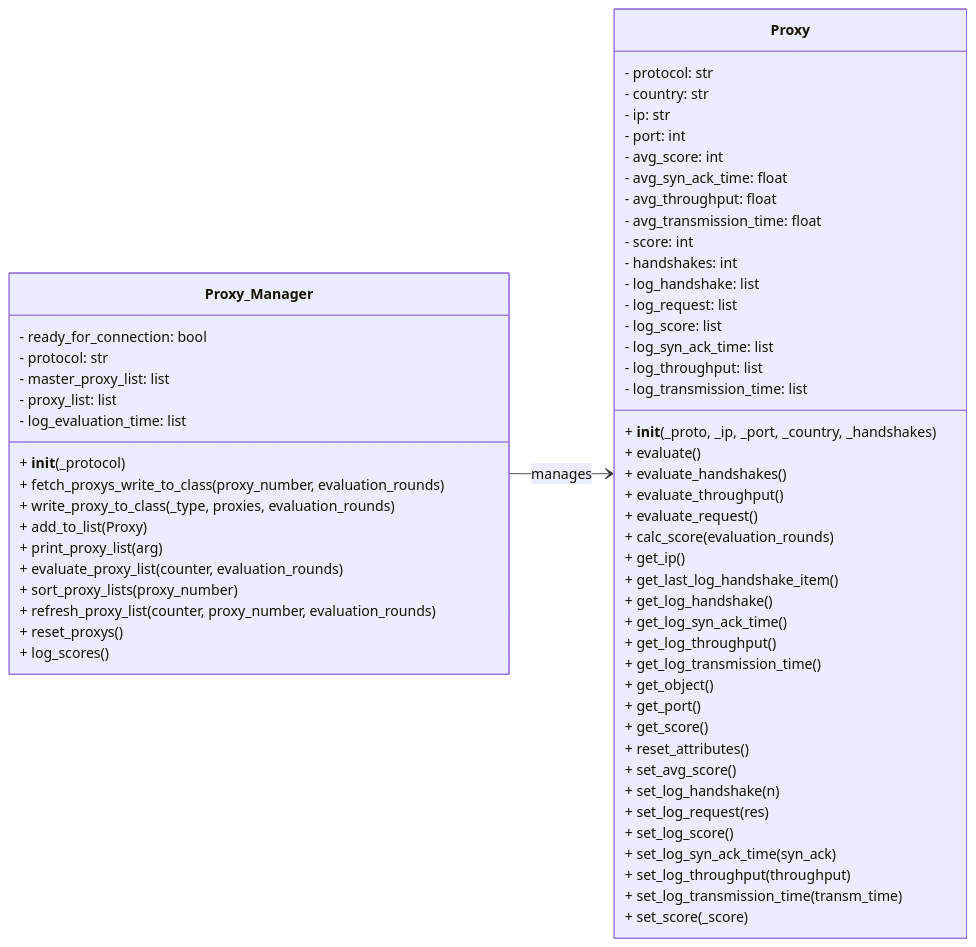
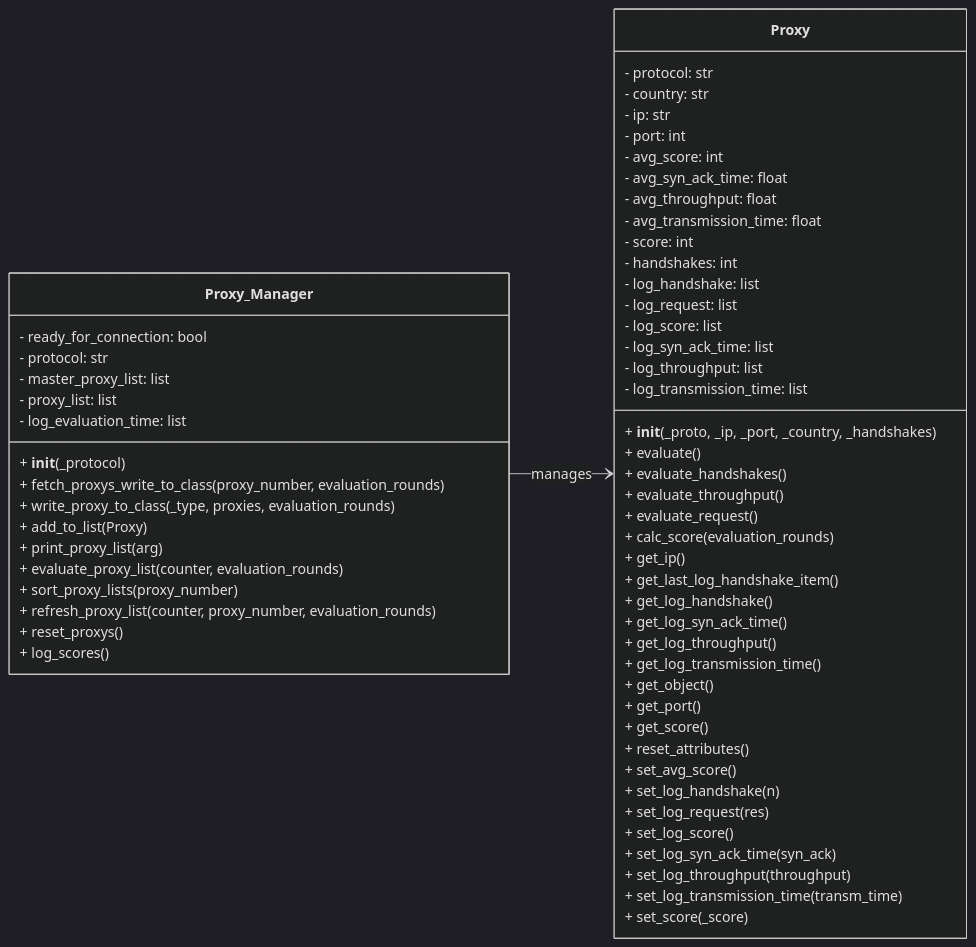
The diagram in README.md (quintuscodes/Proxy-Reliability-using-Proxybroker2), drawn with Mermaid before and after one commit.

Commit message:
class_diagrams

````diff
--- a/README.md
+++ b/README.md
@@ -14,66 +14,67 @@
 ```mermaid 
+%%{init: {'theme':'dark'}}%%
 classDiagram
   direction LR
   class Proxy_Manager {
     - ready_for_connection: bool
     - protocol: str
     - master_proxy_list: list
     - proxy_list: list
     - log_evaluation_time: list
     + __init__(_protocol)
     + fetch_proxys_write_to_class(proxy_number, evaluation_rounds)
     + write_proxy_to_class(_type, proxies, evaluation_rounds)
     + add_to_list(Proxy)
     + print_proxy_list(arg)
     + evaluate_proxy_list(counter, evaluation_rounds)
     + sort_proxy_lists(proxy_number)
     + refresh_proxy_list(counter, proxy_number, evaluation_rounds)
     + reset_proxys()
     + log_scores()
   }
 
   class Proxy {
     - protocol: str
     - country: str
     - ip: str
     - port: int
     - avg_score: int
     - avg_syn_ack_time: float
     - avg_throughput: float
     - avg_transmission_time: float
     - score: int
     - handshakes: int
     - log_handshake: list
     - log_request: list
     - log_score: list
     - log_syn_ack_time: list
     - log_throughput: list
     - log_transmission_time: list
     + __init__(_proto, _ip, _port, _country, _handshakes)
     + evaluate()
     + evaluate_handshakes()
     + evaluate_throughput()
     + evaluate_request()
     + calc_score(evaluation_rounds)
     + get_ip()
     + get_last_log_handshake_item()
     + get_log_handshake()
     + get_log_syn_ack_time()
     + get_log_throughput()
     + get_log_transmission_time()
     + get_object()
     + get_port()
     + get_score()
     + reset_attributes()
     + set_avg_score()
     + set_log_handshake(n)
     + set_log_request(res)
     + set_log_score()
     + set_log_syn_ack_time(syn_ack)
     + set_log_throughput(throughput)
     + set_log_transmission_time(transm_time)
     + set_score(_score)
   }
 
   Proxy_Manager --> Proxy : manages
 ```
````
